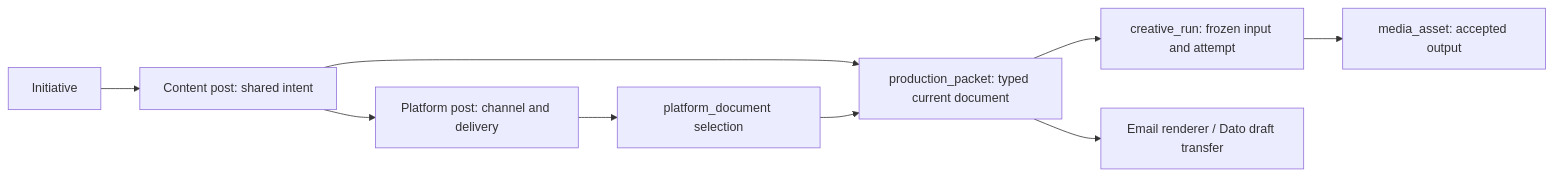
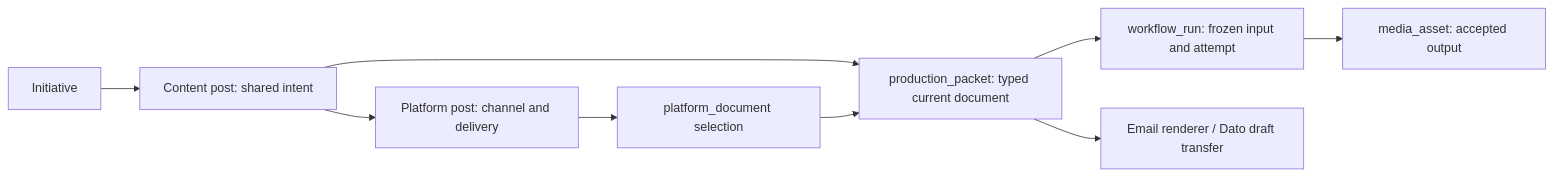
The diagram in docs/shared-creative-documents.md (brianottomate/growth), drawn with Mermaid before and after one commit. The commit also changed other lines of this file and 70 other files, not shown here.

````diff
--- a/docs/shared-creative-documents.md
+++ b/docs/shared-creative-documents.md
@@ -8,11 +8,11 @@
 ```mermaid
 flowchart LR
   I[Initiative] --> C[Content post: shared intent]
   C --> D[production_packet: typed current document]
   C --> P[Platform post: channel and delivery]
   P --> L[platform_document selection]
   L --> D
-  D --> R[creative_run: frozen input and attempt]
+  D --> R[workflow_run: frozen input and attempt]
   R --> M[media_asset: accepted output]
   D --> E[Email renderer / Dato draft transfer]
 ```
````
